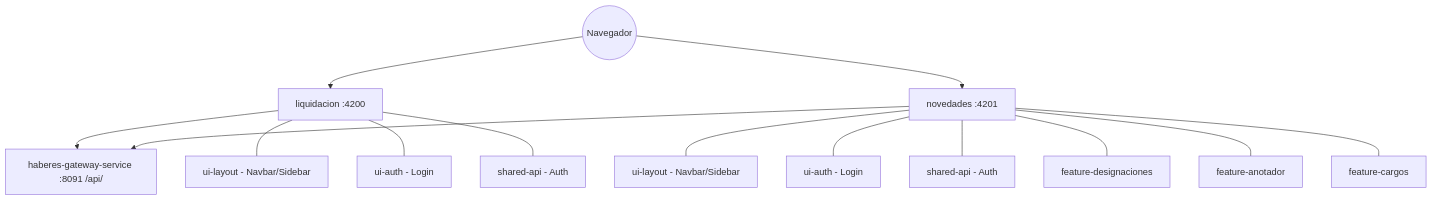
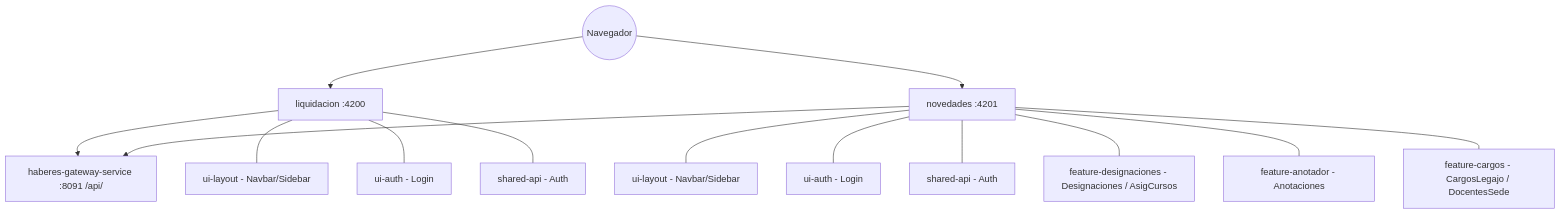
Before and after one commit to UM-services/UM.haberes.frontend-client: the diagram in docs/architecture.mermaid, drawn with Mermaid. The commit also changed 16 other files, not shown here.

First line of the commit message:
feat(novedades): add DocentesSede and AsigCursos

```diff
--- a/docs/architecture.mermaid
+++ b/docs/architecture.mermaid
@@ -1,18 +1,18 @@
 graph TD
   Client((Navegador))
   Client-->Liquidacion[liquidacion :4200]
   Client-->Novedades[novedades :4201]
 
   Liquidacion-->Gateway[haberes-gateway-service :8091 /api/]
   Novedades-->Gateway
 
   Liquidacion---Layout1[ui-layout - Navbar/Sidebar]
   Liquidacion---Auth1[ui-auth - Login]
   Liquidacion---API1[shared-api - Auth]
 
   Novedades---Layout2[ui-layout - Navbar/Sidebar]
   Novedades---Auth2[ui-auth - Login]
   Novedades---API2[shared-api - Auth]
-  Novedades---Desig[feature-designaciones]
-  Novedades---Anot[feature-anotador]
-  Novedades---Carg[feature-cargos]
+  Novedades---Desig[feature-designaciones - Designaciones / AsigCursos]
+  Novedades---Anot[feature-anotador - Anotaciones]
+  Novedades---Carg[feature-cargos - CargosLegajo / DocentesSede]
```
